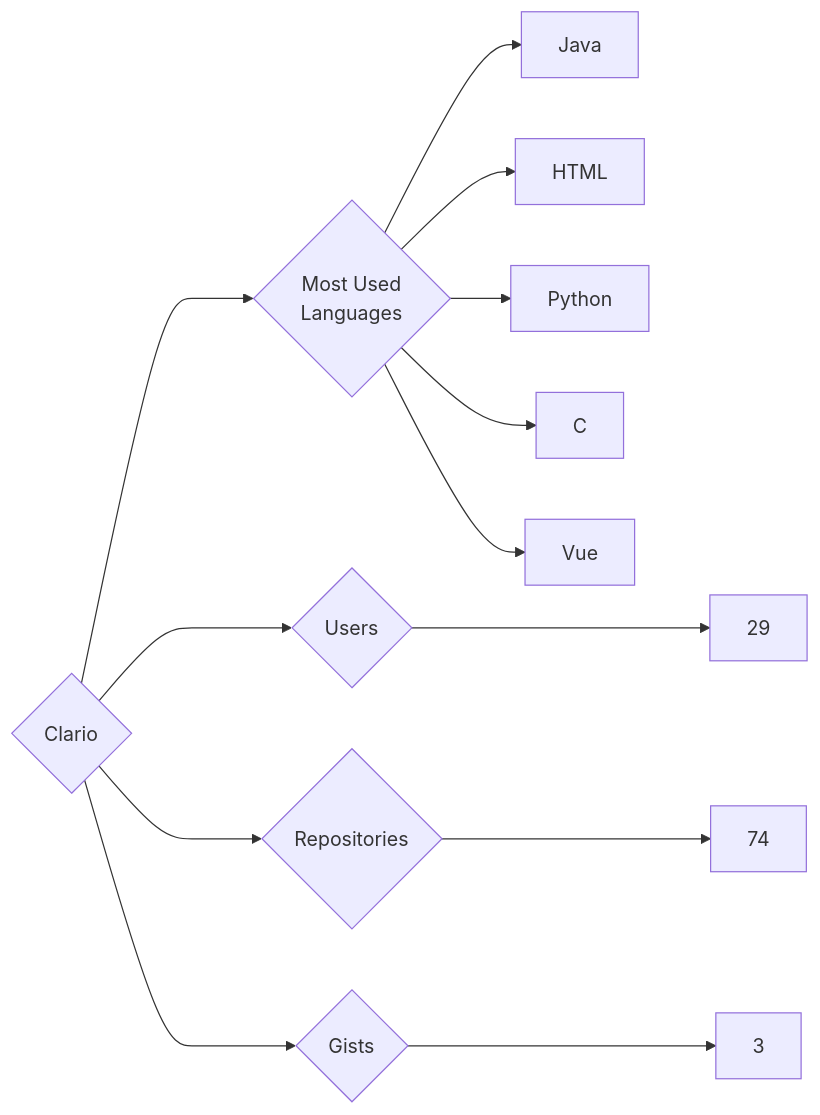
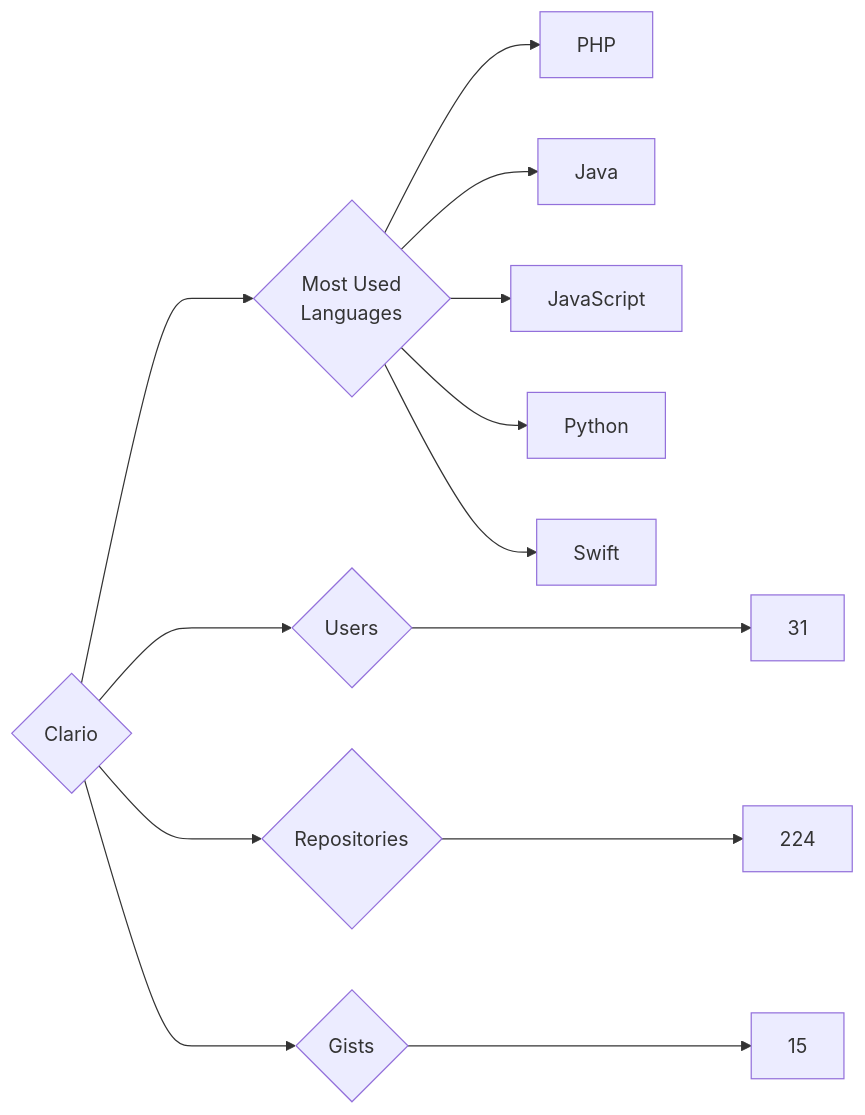
The diagram in targets/Clario/README.md (trickest/insiders), drawn with Mermaid before and after one commit. The commit also changed 749 other files, not shown here.

````diff
--- a/targets/Clario/README.md
+++ b/targets/Clario/README.md
@@ -3,13 +3,13 @@
 ```mermaid
 graph LR
 COMPANY_NAME{Clario}
-COMPANY_NAME ---> U{Users} ---> UN[29]
-COMPANY_NAME ---> R{Repositories} ---> RN[74]
-COMPANY_NAME ---> G{Gists} ---> GN[3]
+COMPANY_NAME ---> U{Users} ---> UN[31]
+COMPANY_NAME ---> R{Repositories} ---> RN[224]
+COMPANY_NAME ---> G{Gists} ---> GN[15]
 COMPANY_NAME ---> ML{Most Used<br>Languages}
+ML --> PHP[PHP]
 ML --> Java[Java]
-ML --> HTML[HTML]
+ML --> JavaScript[JavaScript]
 ML --> Python[Python]
-ML --> C[C]
-ML --> Vue[Vue]
+ML --> Swift[Swift]
 ```
````
